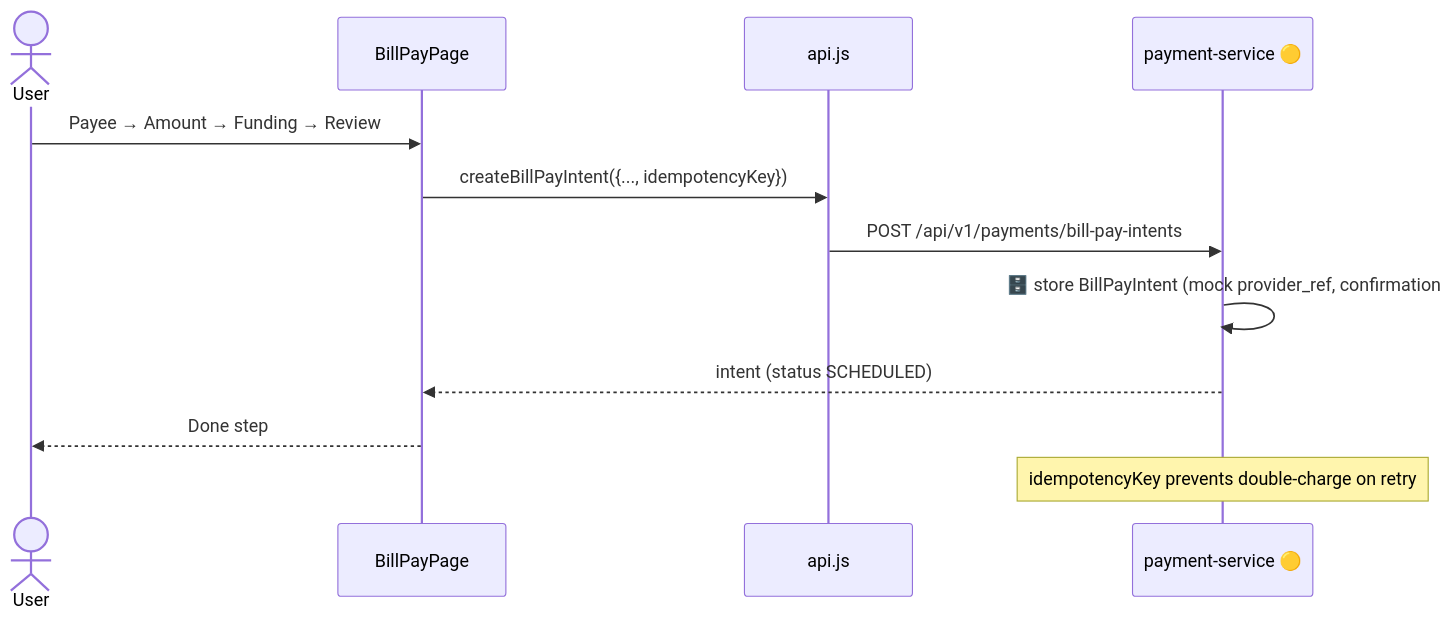
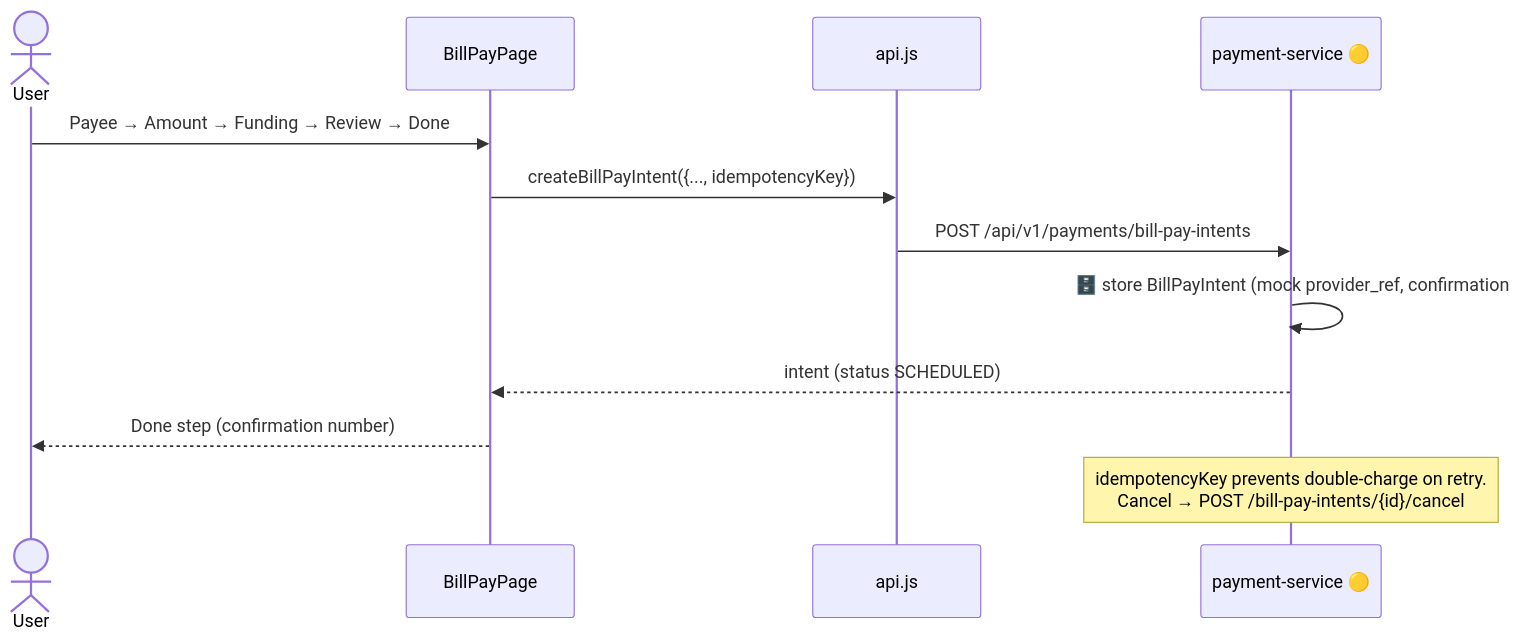
Before and after one commit to vadlapatlasuresh/my-wealth-management: the fifth of 14 diagrams in docs/workflows/02-web-app-workflows.md, drawn with Mermaid. The commit also changed other lines of this file and 195 other files, not shown here.

````diff
--- a/docs/workflows/02-web-app-workflows.md
+++ b/docs/workflows/02-web-app-workflows.md
@@ -111,15 +144,15 @@
 ```mermaid
 sequenceDiagram
     actor U as User
     participant BP as BillPayPage
     participant API as api.js
     participant PAY as payment-service 🟡
 
-    U->>BP: Payee → Amount → Funding → Review
+    U->>BP: Payee → Amount → Funding → Review → Done
     BP->>API: createBillPayIntent({..., idempotencyKey})
     API->>PAY: POST /api/v1/payments/bill-pay-intents
     PAY->>PAY: 🗄️ store BillPayIntent (mock provider_ref, confirmation#)
     PAY-->>BP: intent (status SCHEDULED)
-    BP-->>U: Done step
-    Note over PAY: idempotencyKey prevents double-charge on retry
+    BP-->>U: Done step (confirmation number)
+    Note over PAY: idempotencyKey prevents double-charge on retry.<br/>Cancel → POST /bill-pay-intents/{id}/cancel
 ```
````
